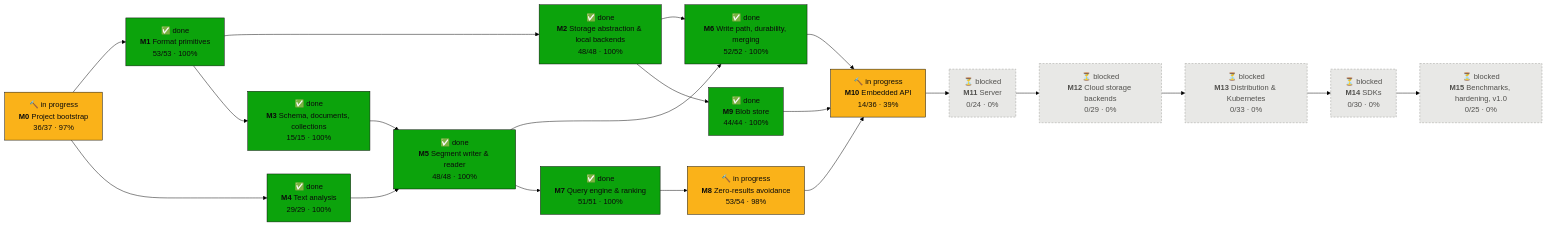
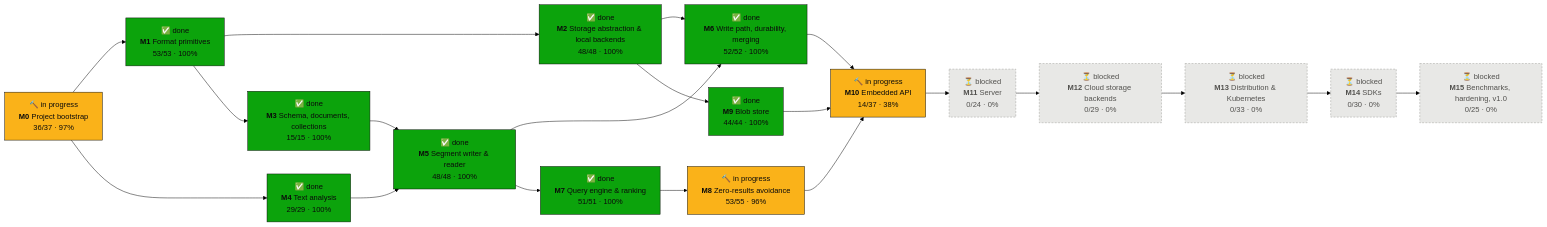
One commit to tomiok/persiaDB changed the first of 2 diagrams in PROGRESS.md. Above: the diagram before and after it, drawn with Mermaid (forest theme). The commit also changed other lines of this file and 21 other files, not shown here.

````diff
--- a/PROGRESS.md
+++ b/PROGRESS.md
@@ -16,42 +16,42 @@
 ```mermaid
 flowchart LR
   M0["🔨 in progress<br/><b>M0</b> Project bootstrap<br/>36/37 · 97%"]:::doing
   M1["✅ done<br/><b>M1</b> Format primitives<br/>53/53 · 100%"]:::done
   M2["✅ done<br/><b>M2</b> Storage abstraction & local backends<br/>48/48 · 100%"]:::done
   M3["✅ done<br/><b>M3</b> Schema, documents, collections<br/>15/15 · 100%"]:::done
   M4["✅ done<br/><b>M4</b> Text analysis<br/>29/29 · 100%"]:::done
   M5["✅ done<br/><b>M5</b> Segment writer & reader<br/>48/48 · 100%"]:::done
   M6["✅ done<br/><b>M6</b> Write path, durability, merging<br/>52/52 · 100%"]:::done
   M7["✅ done<br/><b>M7</b> Query engine & ranking<br/>51/51 · 100%"]:::done
-  M8["🔨 in progress<br/><b>M8</b> Zero-results avoidance<br/>53/54 · 98%"]:::doing
+  M8["🔨 in progress<br/><b>M8</b> Zero-results avoidance<br/>53/55 · 96%"]:::doing
   M9["✅ done<br/><b>M9</b> Blob store<br/>44/44 · 100%"]:::done
-  M10["🔨 in progress<br/><b>M10</b> Embedded API<br/>14/36 · 39%"]:::doing
+  M10["🔨 in progress<br/><b>M10</b> Embedded API<br/>14/37 · 38%"]:::doing
   M11["⏳ blocked<br/><b>M11</b> Server<br/>0/24 · 0%"]:::blocked
   M12["⏳ blocked<br/><b>M12</b> Cloud storage backends<br/>0/29 · 0%"]:::blocked
   M13["⏳ blocked<br/><b>M13</b> Distribution & Kubernetes<br/>0/33 · 0%"]:::blocked
   M14["⏳ blocked<br/><b>M14</b> SDKs<br/>0/30 · 0%"]:::blocked
   M15["⏳ blocked<br/><b>M15</b> Benchmarks, hardening, v1.0<br/>0/25 · 0%"]:::blocked
   M0 --> M1
   M1 --> M2
   M1 --> M3
   M0 --> M4
   M3 --> M5
   M4 --> M5
   M2 --> M6
   M5 --> M6
   M5 --> M7
   M7 --> M8
   M2 --> M9
   M6 --> M10
   M8 --> M10
   M9 --> M10
   M10 --> M11
   M11 --> M12
   M12 --> M13
   M13 --> M14
   M14 --> M15
   classDef done fill:#0ca30c,stroke:#0b0b0b,color:#0b0b0b
   classDef doing fill:#fab219,stroke:#0b0b0b,color:#0b0b0b
   classDef ready fill:#fcfcfb,stroke:#0b0b0b,stroke-width:2px,color:#0b0b0b
   classDef blocked fill:#e8e8e6,stroke:#9a9a96,stroke-dasharray:4 3,color:#52514e
 ```
````
